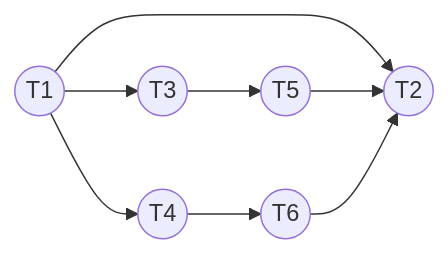
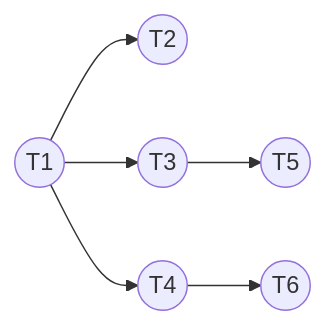
Before and after one commit to DaviMattos14/Programacao_Concorrente_2026_1: the second of 2 diagrams in Segunda Lista de Exercícios - Programação Concorrente.md, drawn with Mermaid. The commit also changed other lines of this file and 1 other file, not shown here.

````diff
--- a/Segunda Lista de Exercícios - Programação Concorrente.md
+++ b/Segunda Lista de Exercícios - Programação Concorrente.md
@@ -411,20 +411,17 @@
 ```mermaid
 graph LR
     T1((T1))
 
     T2((T2))
     T3((T3))
     T4((T4))
     T5((T5))
     T6((T6))
 
     T1 --> T2
     T1 --> T3
     T1 --> T4
 
     T3 --> T5
     T4 --> T6
-
-    T5 --> T2
-    T6 --> T2
 ```
````
